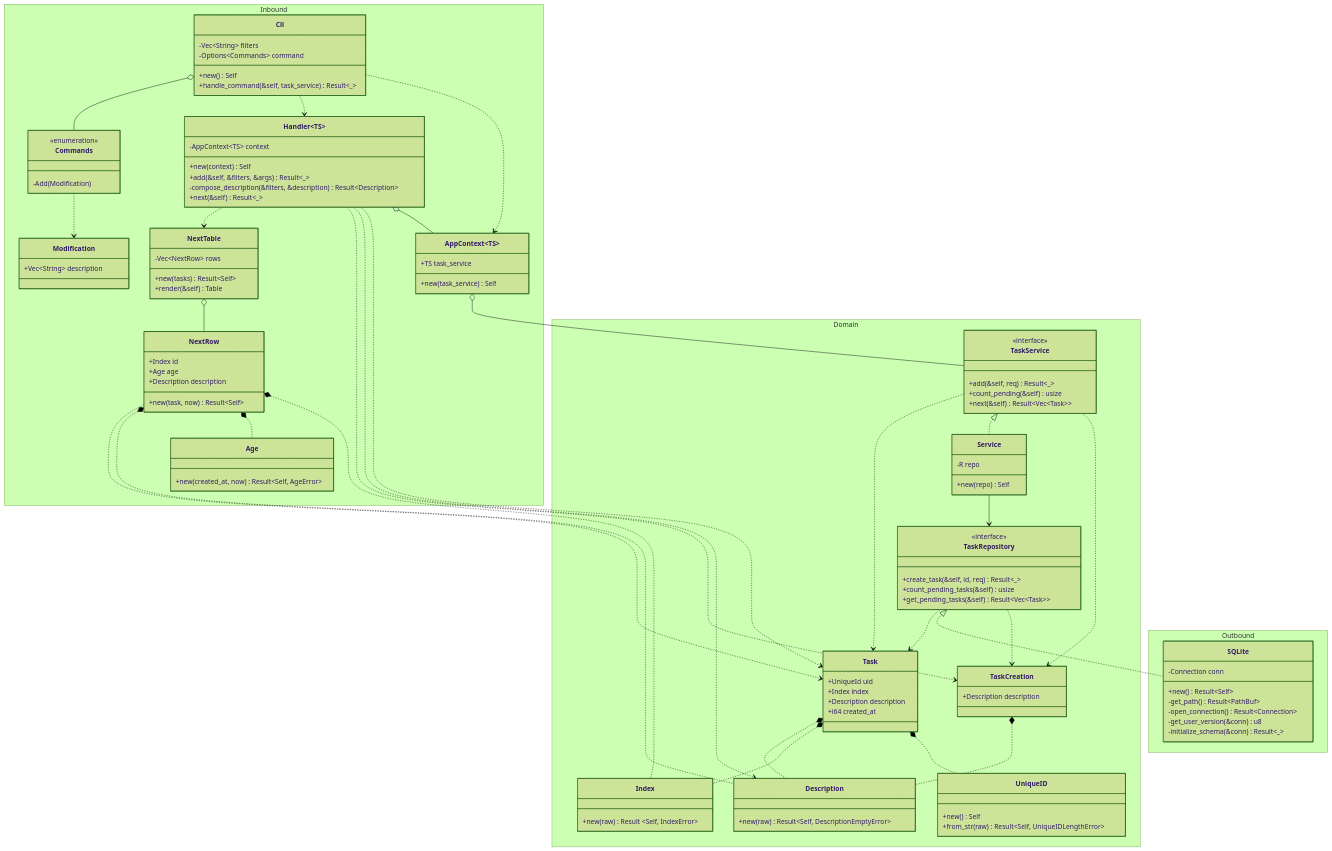
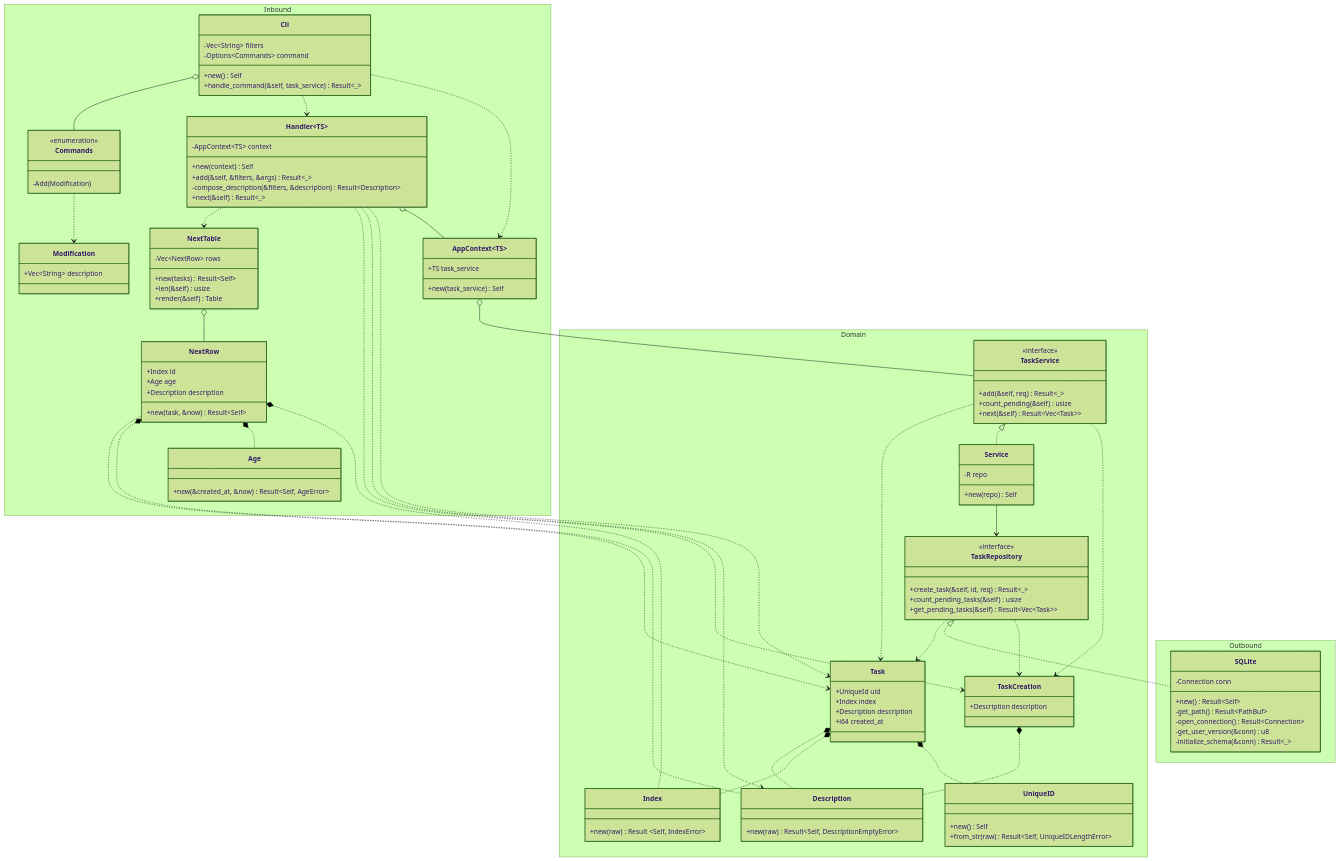
One commit to rvnkcode/dawn changed the diagram in docs/class.md. Above: the diagram before and after it, drawn with Mermaid (forest theme).

Commit message:
docs: clearfy params types

```diff
--- a/docs/class.md
+++ b/docs/class.md
@@ -38,17 +38,18 @@
       +handle_command(&self, task_service) Result~_~
     }
     class Age {
-      +new(created_at, now) Result~Self, AgeError~
+      +new(&created_at, &now) Result~Self, AgeError~
     }
     class NextRow {
       +Index id
       +Age age
       +Description description
-      +new(task, now) Result~Self~
+      +new(task, &now) Result~Self~
     }
     class NextTable {
       -Vec~NextRow~ rows
       +new(tasks) Result~Self~
+      +len(&self) usize
       +render(&self) Table
     }
   }
```
